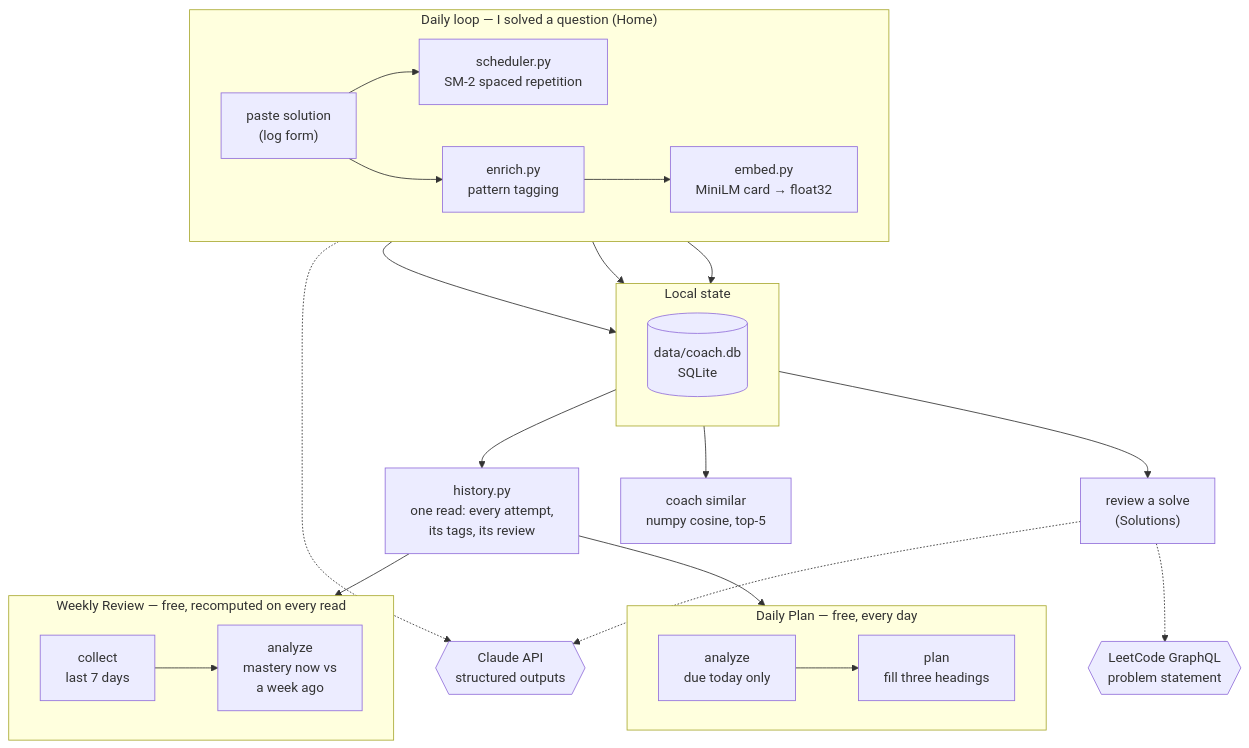
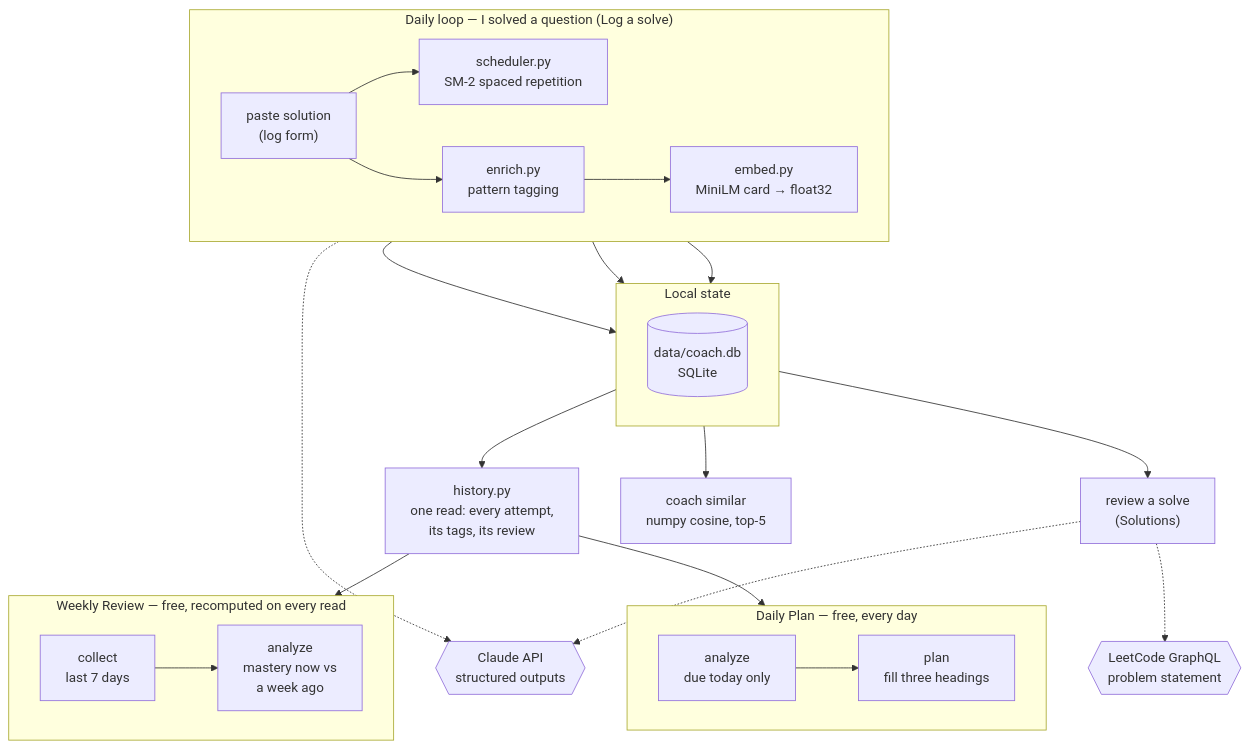
Before and after one commit to AvivE453/leetcode-coach: the diagram in docs/DESIGN.md, drawn with Mermaid. The commit also changed other lines of this file and 14 other files, not shown here.

````diff
--- a/docs/DESIGN.md
+++ b/docs/DESIGN.md
@@ -10,41 +10,41 @@
 ```mermaid
 flowchart TB
-    subgraph daily ["Daily loop — I solved a question (Home)"]
+    subgraph daily ["Daily loop — I solved a question (Log a solve)"]
         direction LR
         paste["paste solution<br/>(log form)"] --> sm2["scheduler.py<br/>SM-2 spaced repetition"]
         paste --> enr["enrich.py<br/>pattern tagging"]
         enr --> emb["embed.py<br/>MiniLM card → float32"]
     end
 
     subgraph state ["Local state"]
         direction LR
         db[("data/coach.db<br/>SQLite")]
     end
 
     subgraph todayp ["Daily Plan — free, every day"]
         direction LR
         ta["analyze<br/>due today only"] --> tp["plan<br/>fill three headings"]
     end
 
     subgraph weeklyp ["Weekly Review — free, recomputed on every read"]
         direction LR
         c["collect<br/>last 7 days"] --> a["analyze<br/>mastery now vs<br/>a week ago"]
     end
 
     api{{"Claude API<br/>structured outputs"}}
     lc{{"LeetCode GraphQL<br/>problem statement"}}
 
     sm2 --> db
     enr --> db
     emb --> db
     db --> hist["history.py<br/>one read: every attempt,<br/>its tags, its review"]
     hist --> ta
     hist --> c
 
     enr -.-> api
 
     db --> sim["coach similar<br/>numpy cosine, top-5"]
     db --> rev["review a solve<br/>(Solutions)"]
     rev -.-> api
     rev -.-> lc
 ```
````
